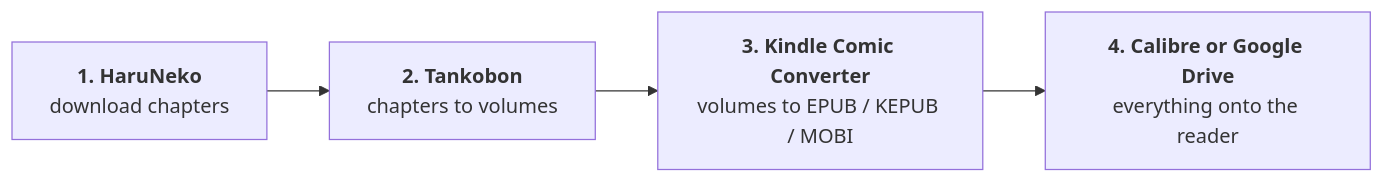
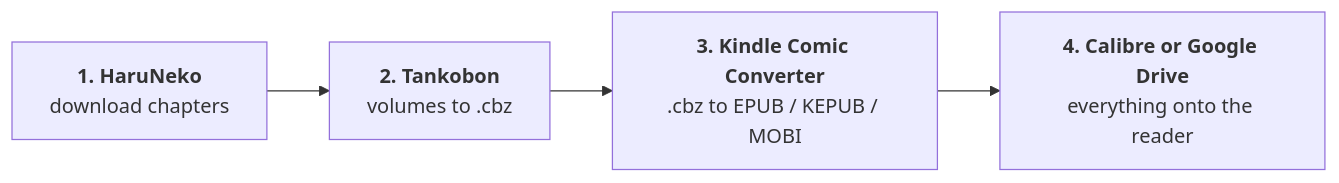
The diagram in README.md (YatoVoid/manga-to-ereader), drawn with Mermaid before and after one commit. The commit also changed other lines of this file and 2 other files, not shown here.

Commit message:
Describe Tankobon as a volume-to-cbz packer; keep PySide6 out of the CLI exe

````diff
--- a/README.md
+++ b/README.md
@@ -22,6 +22,6 @@
 ```mermaid
 flowchart LR
-    A["<b>1. HaruNeko</b><br/>download chapters"] --> B["<b>2. Tankobon</b><br/>chapters to volumes"]
-    B --> C["<b>3. Kindle Comic Converter</b><br/>volumes to EPUB / KEPUB / MOBI"]
+    A["<b>1. HaruNeko</b><br/>download chapters"] --> B["<b>2. Tankobon</b><br/>volumes to .cbz"]
+    B --> C["<b>3. Kindle Comic Converter</b><br/>.cbz to EPUB / KEPUB / MOBI"]
     C --> D["<b>4. Calibre or Google Drive</b><br/>everything onto the reader"]
 ```
````
